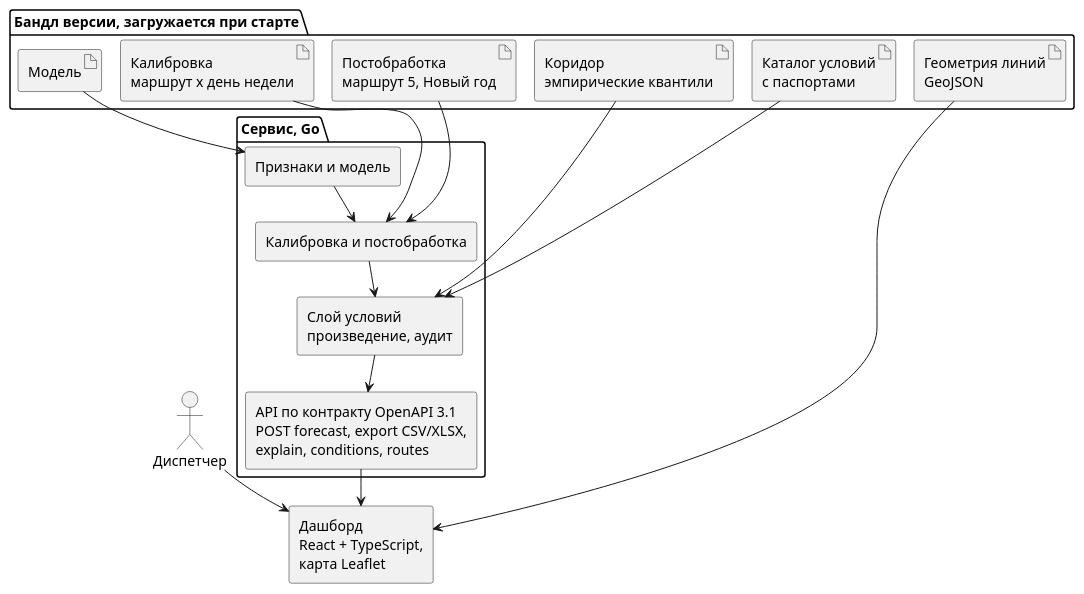
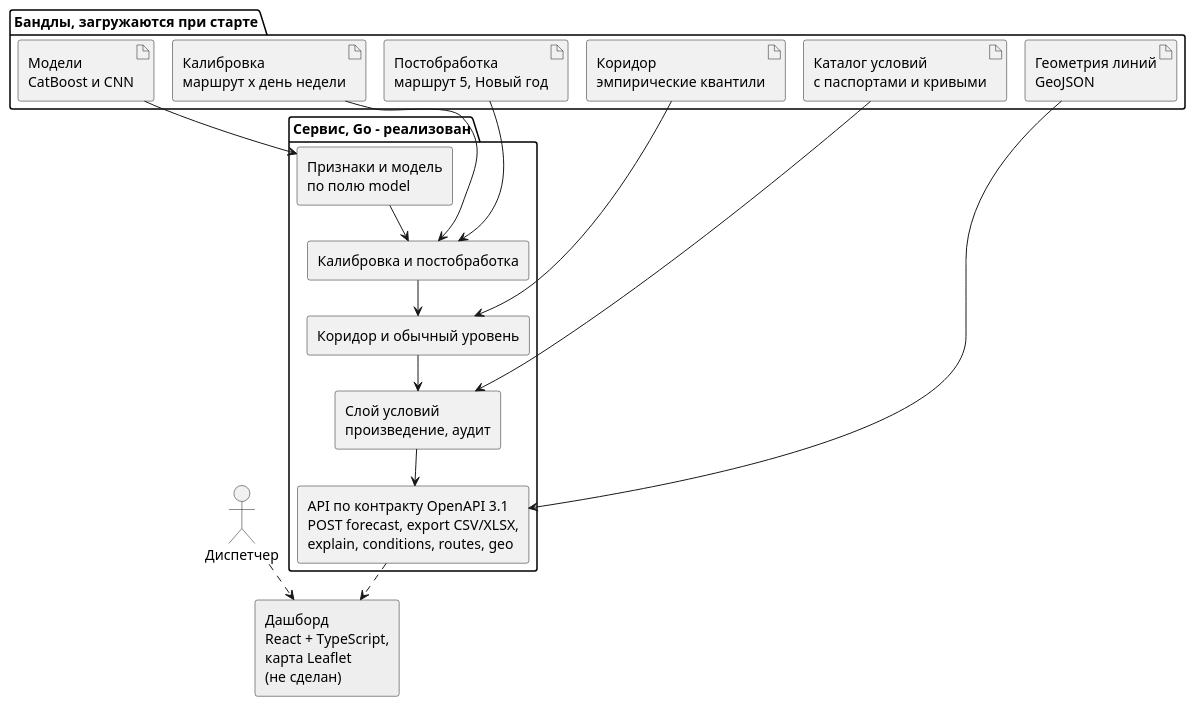
One commit to George573/trans_predicting changed the diagram in final/docs/diagrams/target-architecture.puml. Above: the diagram before and after it, drawn with PlantUML. The commit also changed 11 other files, not shown here.

Commit message:
docs: redrew the service diagrams for the two-model API

```diff
--- a/final/docs/diagrams/target-architecture.puml
+++ b/final/docs/diagrams/target-architecture.puml
@@ -1,33 +1,35 @@
 @startuml
 !pragma layout smetana
 skinparam componentStyle rectangle
 skinparam shadowing false
 skinparam defaultFontName Helvetica
 actor "Диспетчер" as user
-package "Бандл версии, загружается при старте" {
-  artifact "Модель" as m
+package "Бандлы, загружаются при старте" {
+  artifact "Модели\nCatBoost и CNN" as m
   artifact "Калибровка\nмаршрут x день недели" as cal
   artifact "Коридор\nэмпирические квантили" as cor
   artifact "Постобработка\nмаршрут 5, Новый год" as pp
-  artifact "Каталог условий\nс паспортами" as cond
+  artifact "Каталог условий\nс паспортами и кривыми" as cond
   artifact "Геометрия линий\nGeoJSON" as geo
 }
-package "Сервис, Go" {
-  [Признаки и модель] as model
+package "Сервис, Go - реализован" {
+  [Признаки и модель\nпо полю model] as model
   [Калибровка и постобработка] as post
+  [Коридор и обычный уровень] as corr
   [Слой условий\nпроизведение, аудит] as layer
-  [API по контракту OpenAPI 3.1\nPOST forecast, export CSV/XLSX,\nexplain, conditions, routes] as api
+  [API по контракту OpenAPI 3.1\nPOST forecast, export CSV/XLSX,\nexplain, conditions, routes, geo] as api
 }
-[Дашборд\nReact + TypeScript,\nкарта Leaflet] as ui
+[Дашборд\nReact + TypeScript,\nкарта Leaflet\n(не сделан)] as ui #EEEEEE
 m --> model
 cal --> post
 pp --> post
+cor --> corr
 cond --> layer
-cor --> layer
 model --> post
-post --> layer
+post --> corr
+corr --> layer
 layer --> api
-api --> ui
-geo --> ui
-user --> ui
+geo --> api
+api ..> ui
+user ..> ui
 @enduml
```
